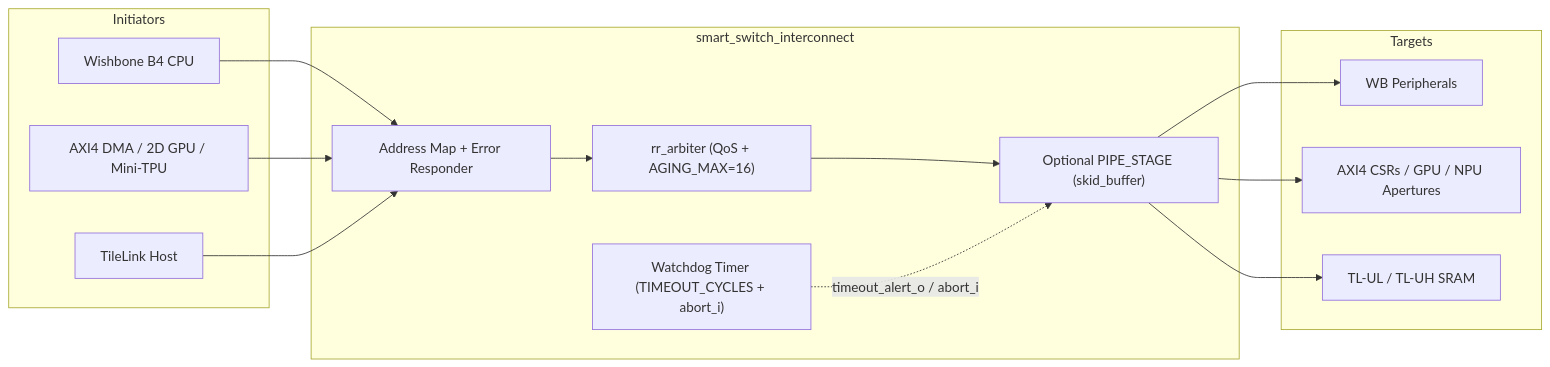
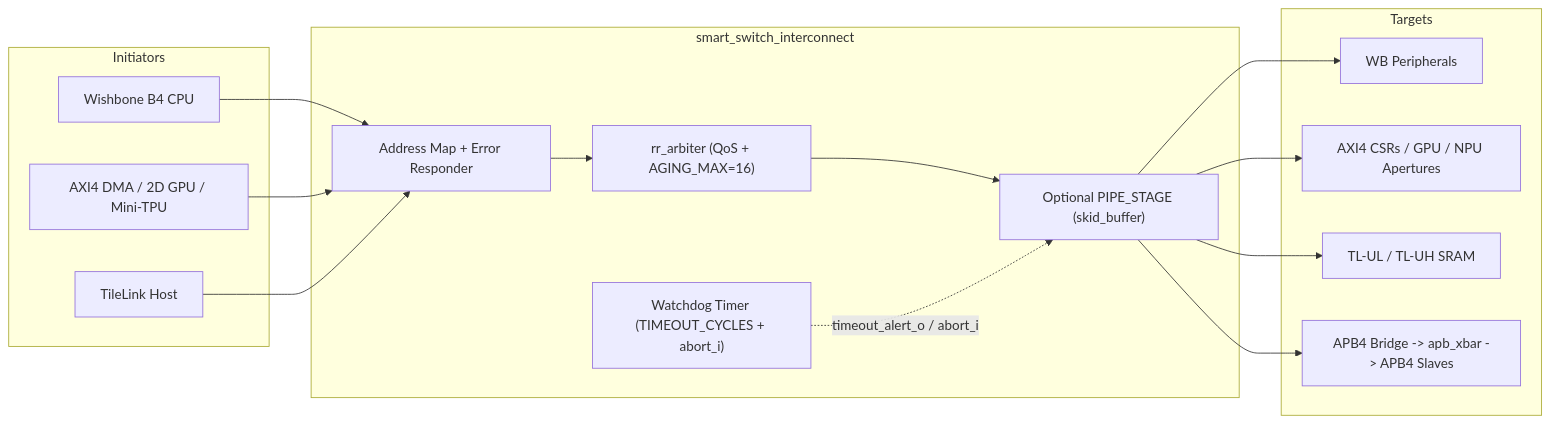
One commit to BaiTian6641/SoC_IPs changed the diagram in docs/00_architecture_overview.md. Above: the diagram before and after it, drawn with Mermaid. The commit also changed other lines of this file and 408 other files, not shown here.

````diff
--- a/docs/00_architecture_overview.md
+++ b/docs/00_architecture_overview.md
@@ -26,29 +29,31 @@
 ```mermaid
 flowchart LR
   subgraph Initiators
     WB_M["Wishbone B4 CPU"]
     AXI_M["AXI4 DMA / 2D GPU / Mini-TPU"]
     TL_M["TileLink Host"]
   end
 
   subgraph Fabric["smart_switch_interconnect"]
     DEC["Address Map + Error Responder"]
     ARB["rr_arbiter (QoS + AGING_MAX=16)"]
     PIPE["Optional PIPE_STAGE (skid_buffer)"]
     WDOG["Watchdog Timer (TIMEOUT_CYCLES + abort_i)"]
   end
 
   subgraph Targets
     WB_S["WB Peripherals"]
     AXI_S["AXI4 CSRs / GPU / NPU Apertures"]
     TL_S["TL-UL / TL-UH SRAM"]
+    APB_S["APB4 Bridge -> apb_xbar -> APB4 Slaves"]
   end
 
   WB_M --> DEC
   AXI_M --> DEC
   TL_M --> DEC
   DEC --> ARB --> PIPE --> WB_S
   PIPE --> AXI_S
   PIPE --> TL_S
+  PIPE --> APB_S
   WDOG -.->|"timeout_alert_o / abort_i"| PIPE
 ```
````
